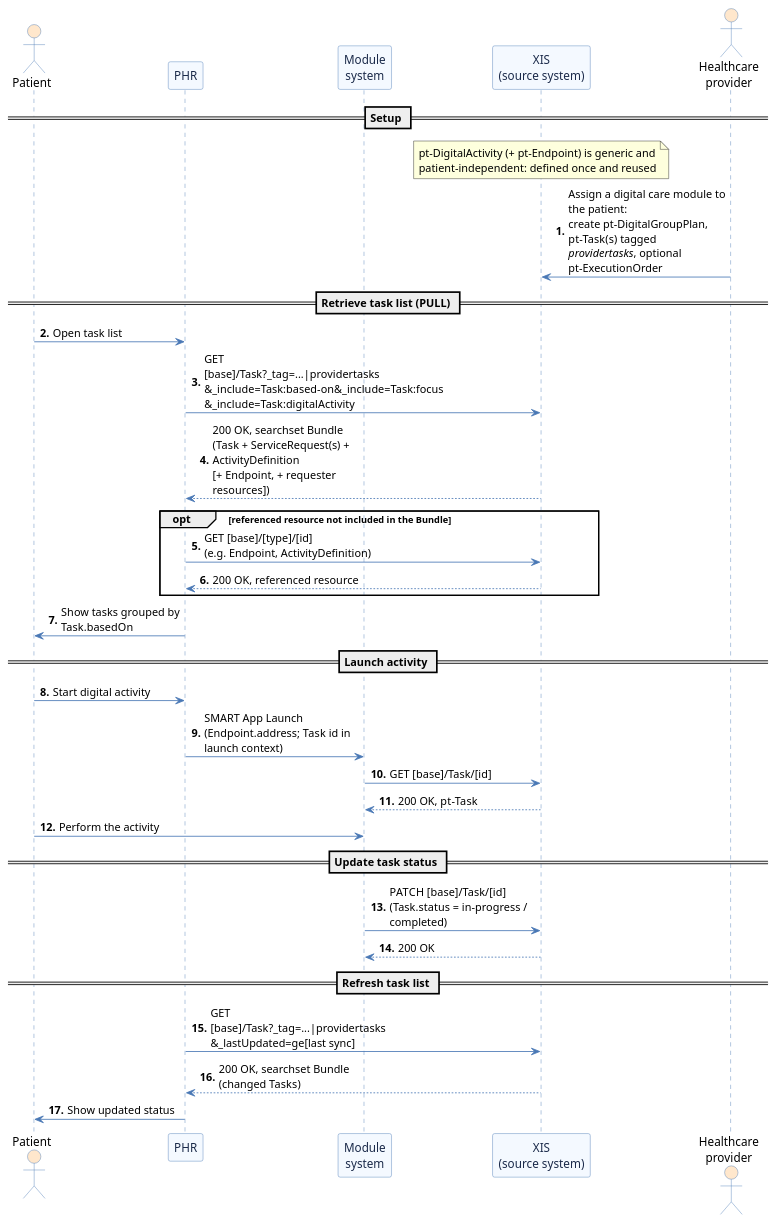
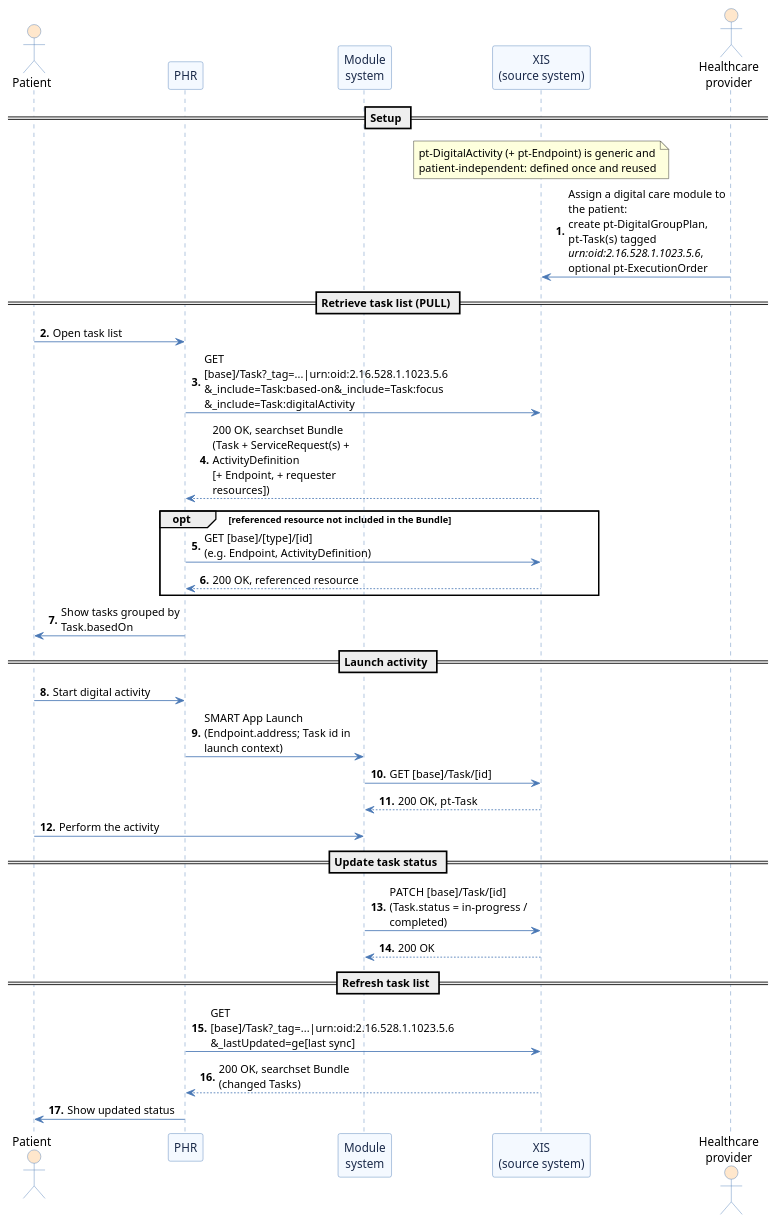
Before and after one commit to Stichting-MedMij/MedMij-R4-AanbiedersModule: the diagram in guides/medmij-r4-provider-tasks-ig/Home/.plantuml/ProviderTasksSequence.page.md, drawn with PlantUML. The commit also changed 69 other files, not shown here.

```diff
--- a/guides/medmij-r4-provider-tasks-ig/Home/.plantuml/ProviderTasksSequence.page.md
+++ b/guides/medmij-r4-provider-tasks-ig/Home/.plantuml/ProviderTasksSequence.page.md
@@ -7,55 +7,55 @@
 @startuml
 scale max 900 width
 skinparam shadowing false
 skinparam maxMessageSize 200
 skinparam defaultFontName Segoe UI
 skinparam sequence {
   ArrowColor #4A78B5
   LifeLineBorderColor #4A78B5
   ParticipantBorderColor #4A78B5
   ParticipantBackgroundColor #F4F9FF
   ParticipantFontColor #1B2A4A
   ActorBorderColor #4A78B5
   ActorBackgroundColor #FFE7CC
 }
 autonumber "<b>0."
 
 actor Patient
 participant PHR
 participant "Module\nsystem" as MOD
 participant "XIS\n(source system)" as XIS
 actor "Healthcare\nprovider" as HP
 
 == Setup ==
 note over XIS
   pt-DigitalActivity (+ pt-Endpoint) is generic and
   patient-independent: defined once and reused
 end note
-HP -> XIS : Assign a digital care module to the patient:\ncreate pt-DigitalGroupPlan, pt-Task(s) tagged\n//providertasks//, optional pt-ExecutionOrder
+HP -> XIS : Assign a digital care module to the patient:\ncreate pt-DigitalGroupPlan, pt-Task(s) tagged\n//urn:oid:2.16.528.1.1023.5.6//, optional pt-ExecutionOrder
 
 == Retrieve task list (PULL) ==
 Patient -> PHR : Open task list
-PHR -> XIS : GET [base]/Task?_tag=...|providertasks\n&_include=Task:based-on&_include=Task:focus\n&_include=Task:digitalActivity
+PHR -> XIS : GET [base]/Task?_tag=...|urn:oid:2.16.528.1.1023.5.6\n&_include=Task:based-on&_include=Task:focus\n&_include=Task:digitalActivity
 XIS --> PHR : 200 OK, searchset Bundle\n(Task + ServiceRequest(s) + ActivityDefinition\n[+ Endpoint, + requester resources])
 opt referenced resource not included in the Bundle
   PHR -> XIS : GET [base]/[type]/[id]\n(e.g. Endpoint, ActivityDefinition)
   XIS --> PHR : 200 OK, referenced resource
 end
 PHR -> Patient : Show tasks grouped by Task.basedOn
 
 == Launch activity ==
 Patient -> PHR : Start digital activity
 PHR -> MOD : SMART App Launch\n(Endpoint.address; Task id in launch context)
 MOD -> XIS : GET [base]/Task/[id]
 XIS --> MOD : 200 OK, pt-Task
 Patient -> MOD : Perform the activity
 
 == Update task status ==
 MOD -> XIS : PATCH [base]/Task/[id]\n(Task.status = in-progress / completed)
 XIS --> MOD : 200 OK
 
 == Refresh task list ==
-PHR -> XIS : GET [base]/Task?_tag=...|providertasks\n&_lastUpdated=ge[last sync]
+PHR -> XIS : GET [base]/Task?_tag=...|urn:oid:2.16.528.1.1023.5.6\n&_lastUpdated=ge[last sync]
 XIS --> PHR : 200 OK, searchset Bundle (changed Tasks)
 PHR -> Patient : Show updated status
 @enduml
```
